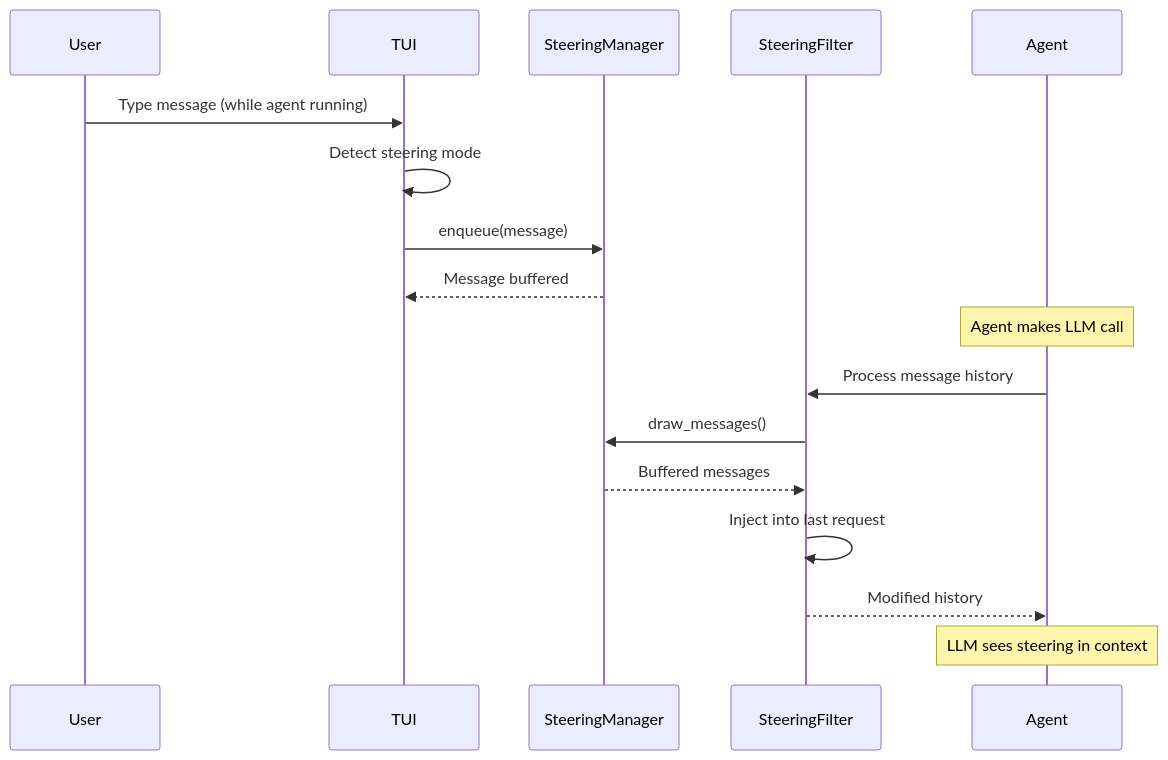
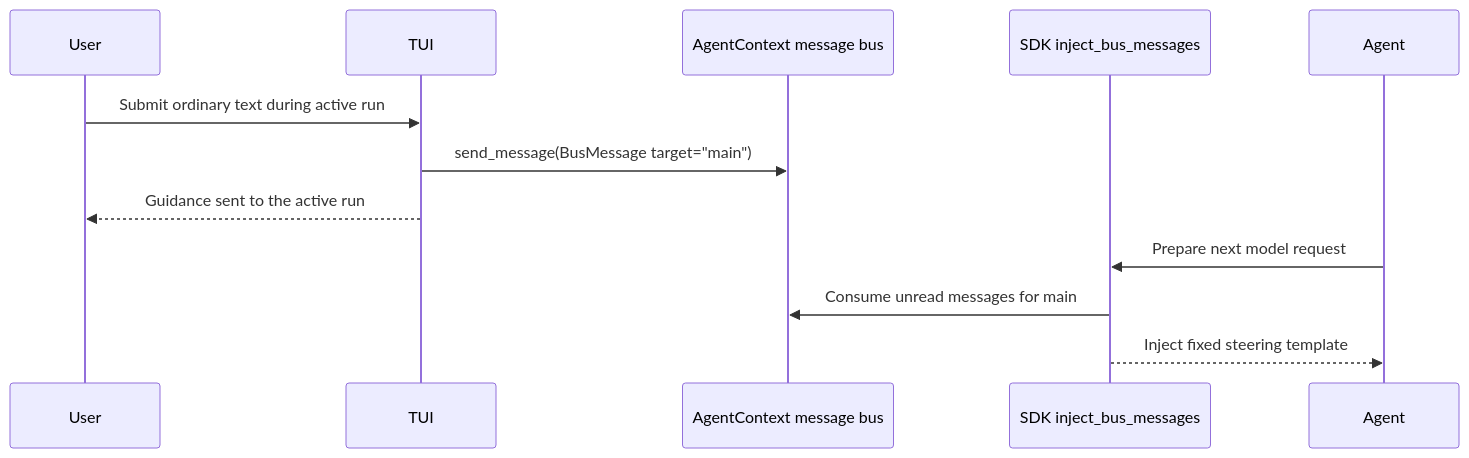
One commit to Wh1isper/ya-agent-sdk changed the diagram in packages/yaacli/spec/04-steering.md. Above: the diagram before and after it, drawn with Mermaid. The commit also changed other lines of this file and 41 other files, not shown here.

````diff
--- a/packages/yaacli/spec/04-steering.md
+++ b/packages/yaacli/spec/04-steering.md
@@ -26,22 +31,15 @@
 ```mermaid
 sequenceDiagram
     participant User
     participant TUI
-    participant SteeringManager
-    participant SteeringFilter
+    participant Bus as AgentContext message bus
+    participant Filter as SDK inject_bus_messages
     participant Agent
 
-    User->>TUI: Type message (while agent running)
-    TUI->>TUI: Detect steering mode
-    TUI->>SteeringManager: enqueue(message)
-    SteeringManager-->>TUI: Message buffered
-
-    Note over Agent: Agent makes LLM call
-    Agent->>SteeringFilter: Process message history
-    SteeringFilter->>SteeringManager: draw_messages()
-    SteeringManager-->>SteeringFilter: Buffered messages
-    SteeringFilter->>SteeringFilter: Inject into last request
-    SteeringFilter-->>Agent: Modified history
-
-    Note over Agent: LLM sees steering in context
+    User->>TUI: Submit ordinary text during active run
+    TUI->>Bus: send_message(BusMessage target="main")
+    TUI-->>User: Guidance sent to the active run
+    Agent->>Filter: Prepare next model request
+    Filter->>Bus: Consume unread messages for main
+    Filter-->>Agent: Inject fixed steering template
 ```
````
